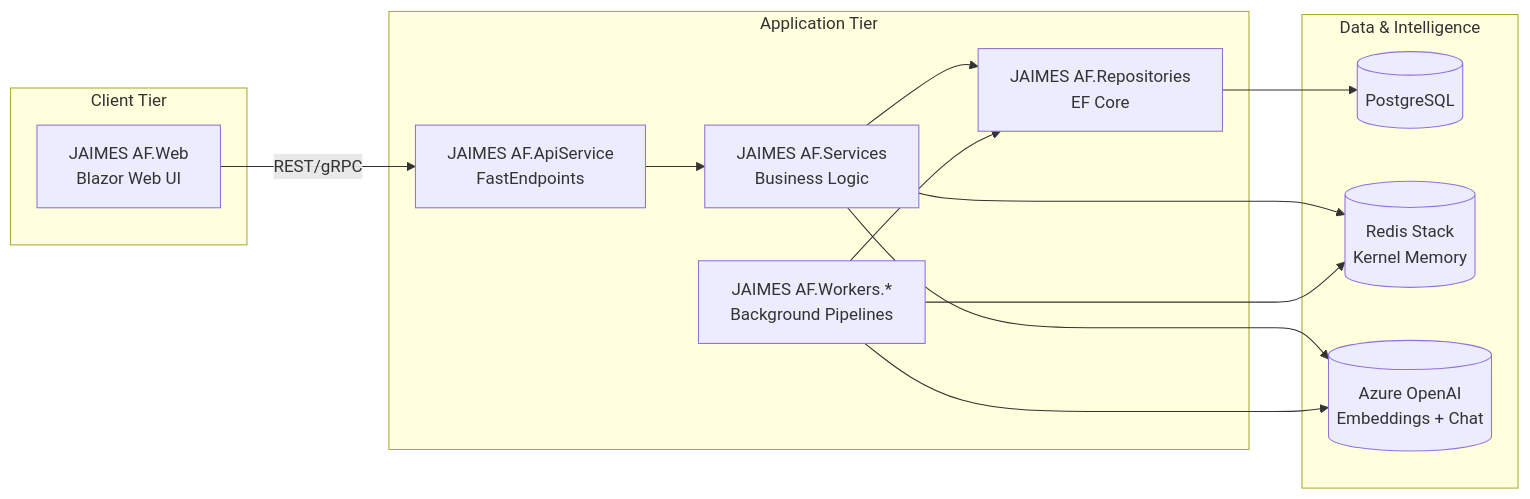
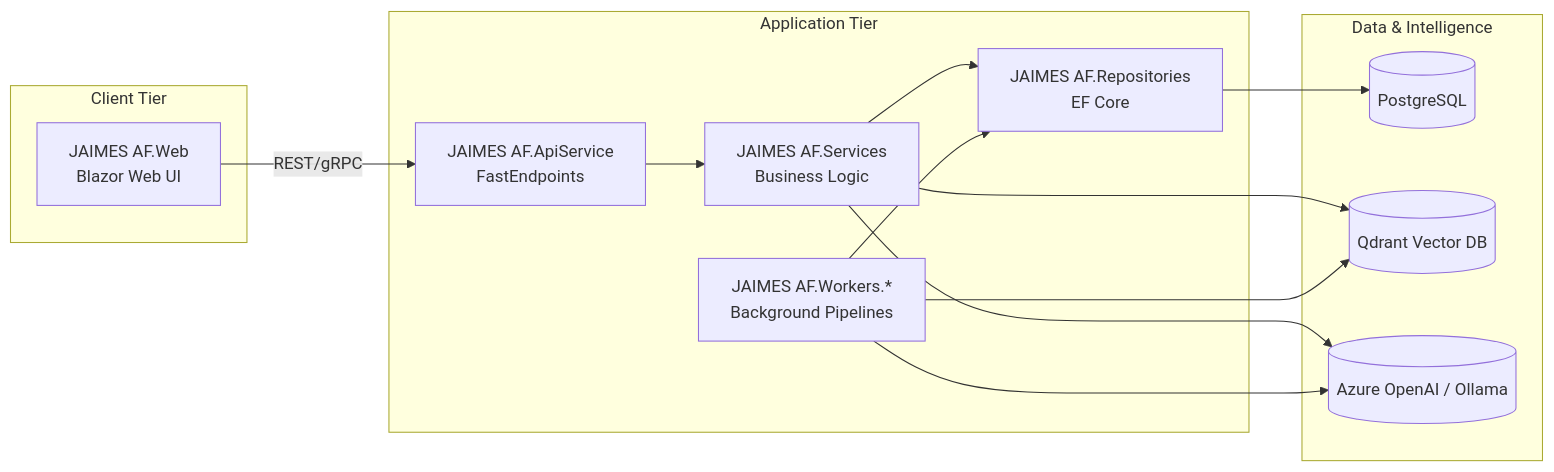
One commit to IntegerMan/JAIMES-AF changed the first of 2 diagrams in README.md. Above: the diagram before and after it, drawn with Mermaid. The commit also changed other lines of this file and 5 other files, not shown here.

````diff
--- a/README.md
+++ b/README.md
@@ -28,27 +28,27 @@
 ```mermaid
 flowchart LR
     subgraph Client Tier
         Blazor[JAIMES AF.Web\nBlazor Web UI]
     end
     subgraph Application Tier
         ApiService[JAIMES AF.ApiService\nFastEndpoints]
         Services[JAIMES AF.Services\nBusiness Logic]
         Repos[JAIMES AF.Repositories\nEF Core]
         Workers[JAIMES AF.Workers.*\nBackground Pipelines]
     end
     subgraph Data & Intelligence
         PostgreSQL[(PostgreSQL)]
-        Redis[(Redis Stack\nKernel Memory)]
-        AOAI[(Azure OpenAI\nEmbeddings + Chat)]
+        Qdrant[(Qdrant Vector DB)]
+        AOAI[(Azure OpenAI / Ollama)]
     end
 
     Blazor -->|REST/gRPC| ApiService
     ApiService --> Services
     Services --> Repos
     Repos --> PostgreSQL
-    Services --> Redis
+    Services --> Qdrant
     Services --> AOAI
-    Workers --> Redis
+    Workers --> Qdrant
     Workers --> Repos
     Workers --> AOAI
 ```
````
